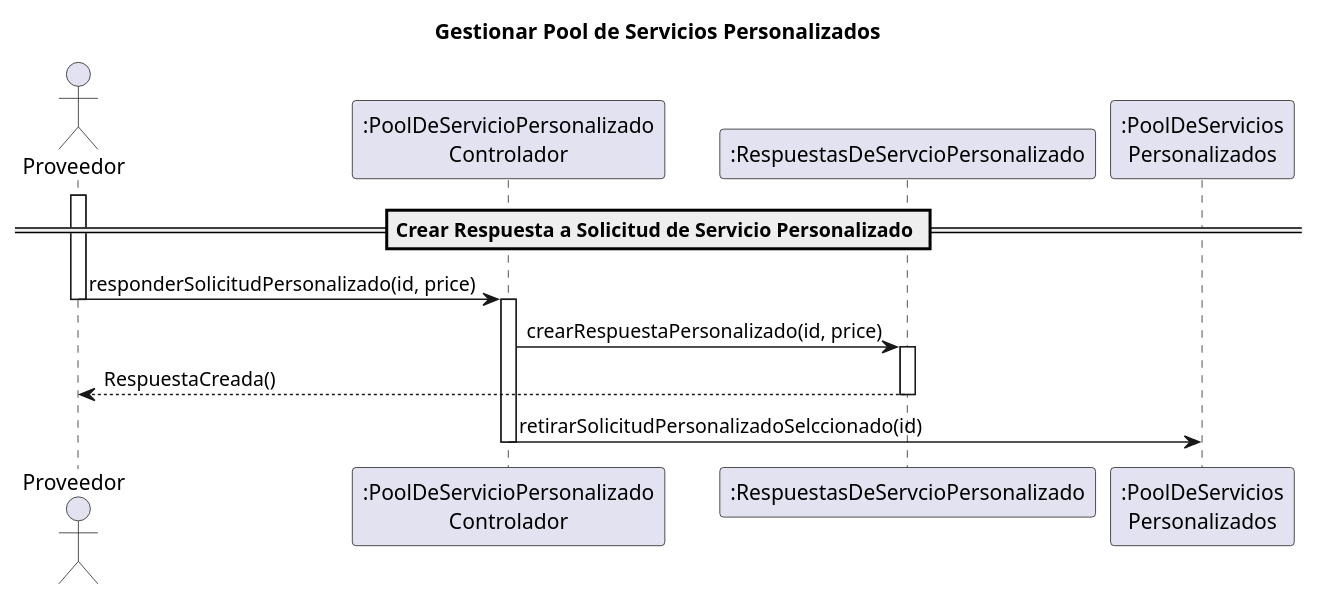
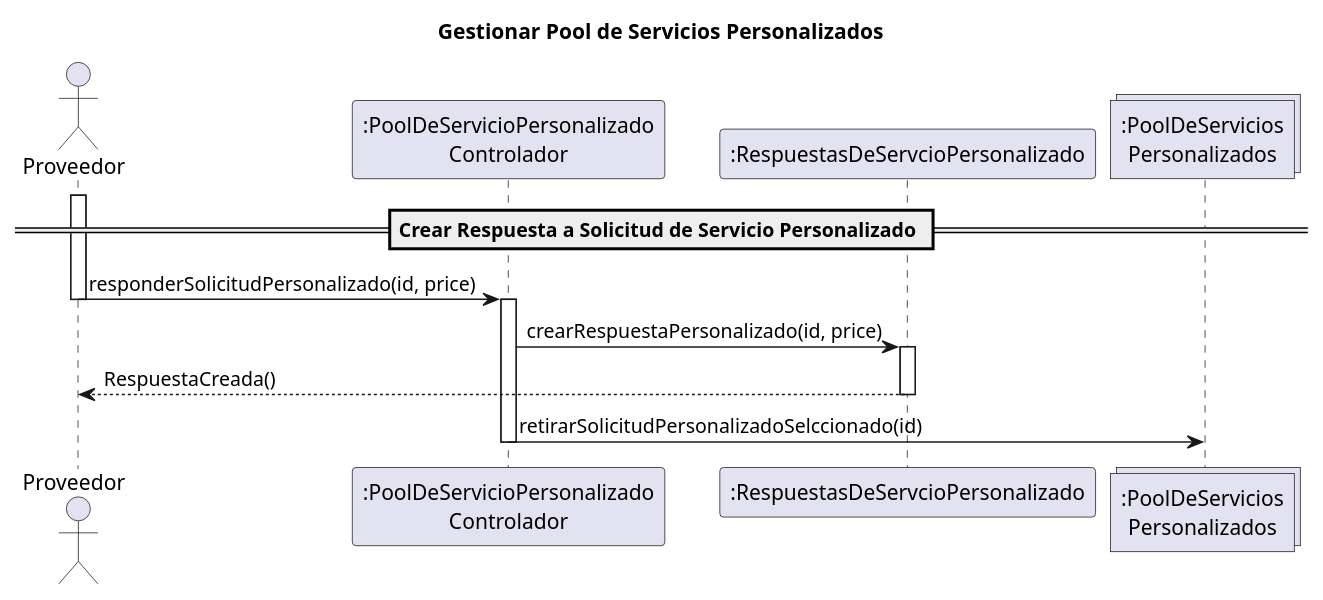
Before and after one commit to UPSA-Projects/docs-condominio: the diagram in docs/src/usecases/CU17/SD17.wsd, drawn with PlantUML. The commit also changed 7 other files, not shown here.

```diff
--- a/docs/src/usecases/CU17/SD17.wsd
+++ b/docs/src/usecases/CU17/SD17.wsd
@@ -1,27 +1,27 @@
 @startuml
 
 title Gestionar Pool de Servicios Personalizados
 
 actor Proveedor
 
 participant ":PoolDeServicioPersonalizado\nControlador" as Controlador
 participant ":RespuestasDeServcioPersonalizado" as Respuesta
-participant ":PoolDeServicios\nPersonalizados" as Pool
+collections ":PoolDeServicios\nPersonalizados" as Pool
 
 
 == Crear Respuesta a Solicitud de Servicio Personalizado ==
 activate Proveedor
 Proveedor -> Controlador : responderSolicitudPersonalizado(id, price)
 deactivate Proveedor
 activate Controlador
 Controlador -> Respuesta : crearRespuestaPersonalizado(id, price)
 activate Respuesta
 Respuesta --> Proveedor : RespuestaCreada()
 deactivate Respuesta
 Controlador -> Pool : retirarSolicitudPersonalizadoSelccionado(id)
 deactivate Controlador
 
 
 
 
 @enduml
```
